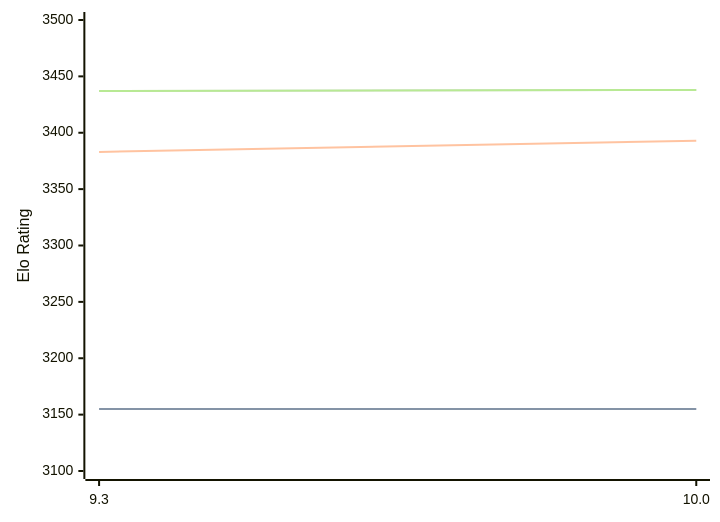
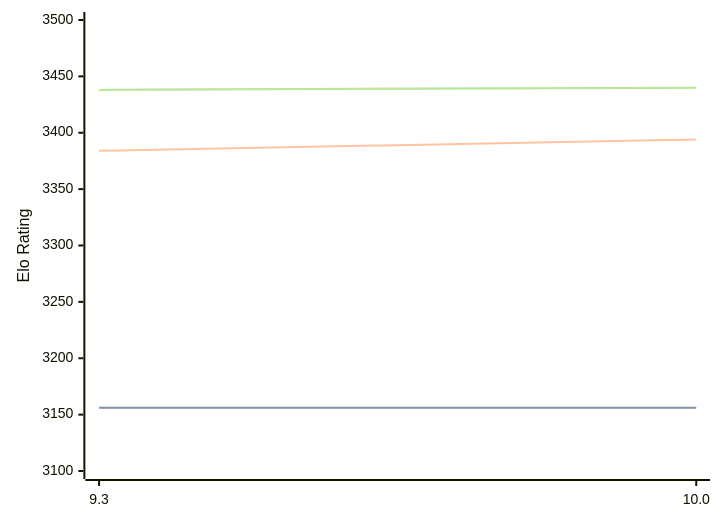
Before and after one commit to computer-chess-index/cci: the diagram in engines/Fire.md, drawn with Mermaid. The commit also changed other lines of this file, not shown here.

Commit message:
Update CCI Ratings (ELO VLTC) - 2026-10-09

````diff
--- a/engines/Fire.md
+++ b/engines/Fire.md
@@ -32,11 +32,11 @@
 ```mermaid
 %%{init: {"theme":"base","themeVariables":{"seriesColors:['#a3a3a3','#222221','#faa371']}}}%%
 xychart-beta
   x-axis ["9.3", "10.0"]
   y-axis "Elo Rating" 3100 --> 3500
-  line "" [3155, 3155]
-  line "STC (8.0+0.08s)" [3155, 3155]
-  line "LTC (60.0+0.60s)" [3383, 3393]
-  line "" [3437, 3438]
-  line "VLTC (2m24s+1.12s)" [3437, 3438]
+  line "" [3156, 3156]
+  line "STC (8.0+0.08s)" [3156, 3156]
+  line "LTC (60.0+0.60s)" [3384, 3394]
+  line "" [3438, 3440]
+  line "VLTC (2m24s+1.12s)" [3438, 3440]
 ```
````
